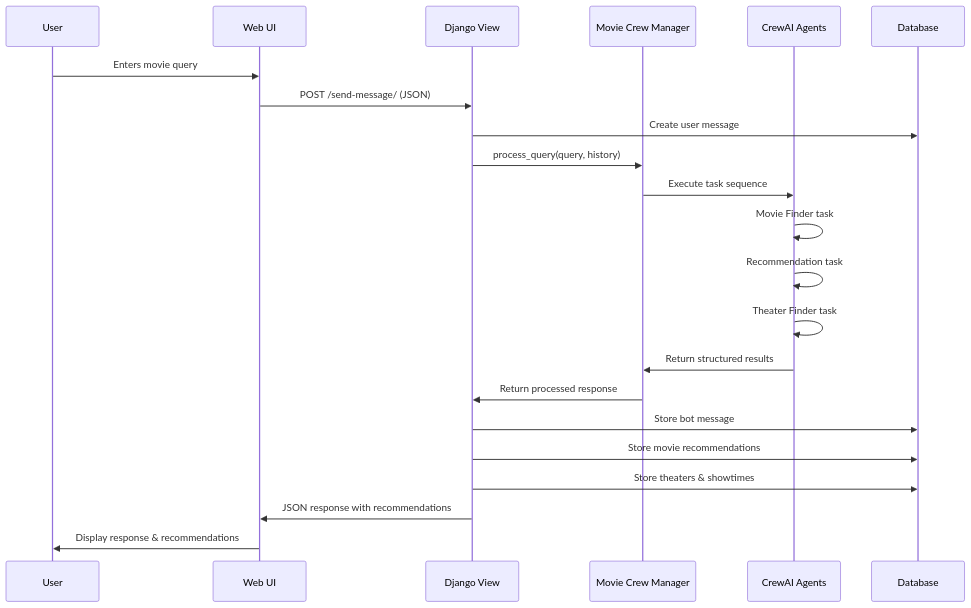
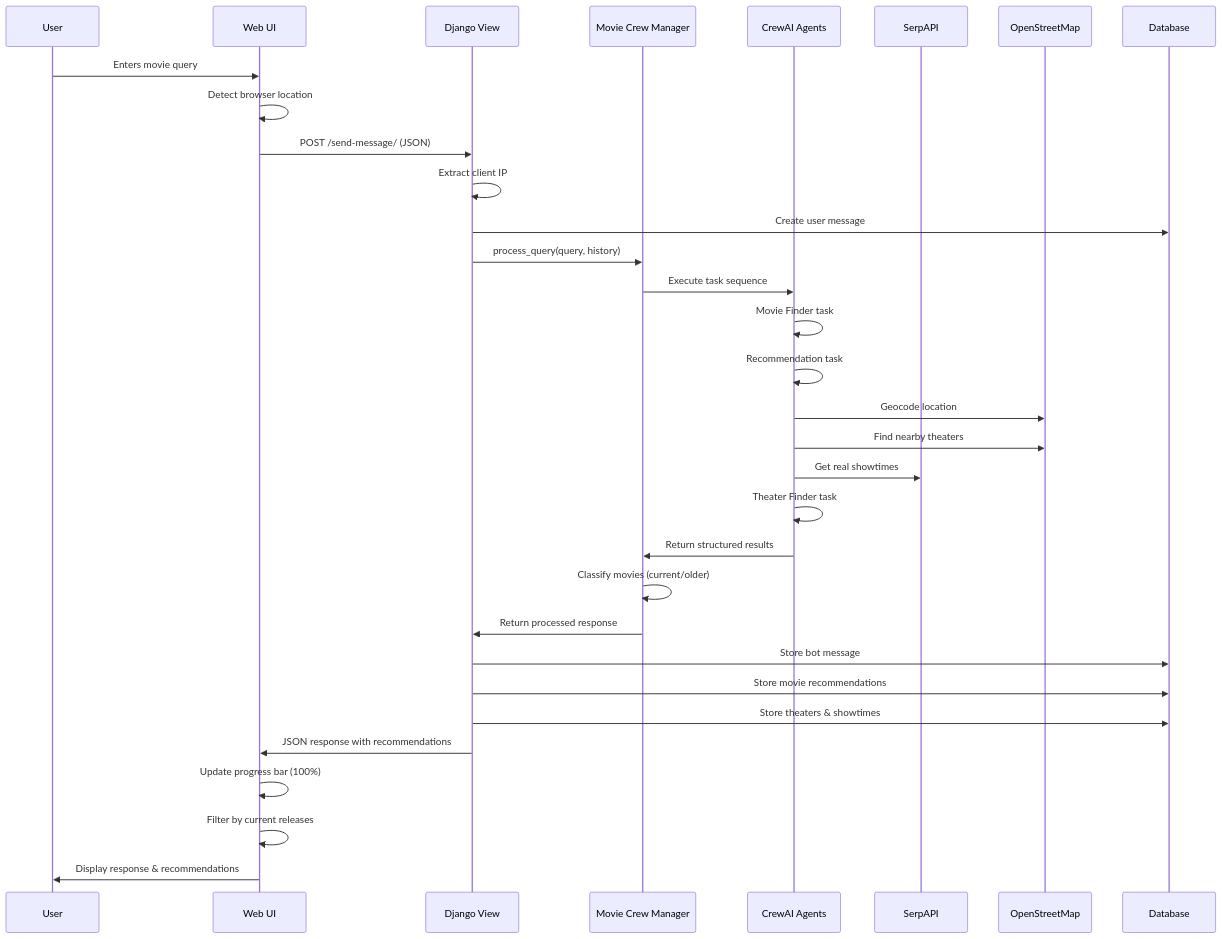
Before and after one commit to nkuhn-vmw/tanzu-genai-showcase: the second of 3 diagrams in py-django-crewai/docs/ARCHITECTURE.md, drawn with Mermaid. The commit also changed other lines of this file and 10 other files, not shown here.

````diff
--- a/py-django-crewai/docs/ARCHITECTURE.md
+++ b/py-django-crewai/docs/ARCHITECTURE.md
@@ -118,30 +135,40 @@
 ```mermaid
 sequenceDiagram
     participant User
     participant UI as Web UI
     participant View as Django View
     participant Manager as Movie Crew Manager
     participant Agents as CrewAI Agents
+    participant SerpAPI as SerpAPI
+    participant OSM as OpenStreetMap
     participant DB as Database
 
     User->>UI: Enters movie query
+    UI->>UI: Detect browser location
     UI->>View: POST /send-message/ (JSON)
+    View->>View: Extract client IP
     View->>DB: Create user message
     View->>Manager: process_query(query, history)
 
     Manager->>Agents: Execute task sequence
 
     Agents->>Agents: Movie Finder task
     Agents->>Agents: Recommendation task
+    Agents->>OSM: Geocode location
+    Agents->>OSM: Find nearby theaters
+    Agents->>SerpAPI: Get real showtimes
     Agents->>Agents: Theater Finder task
 
     Agents->>Manager: Return structured results
+    Manager->>Manager: Classify movies (current/older)
     Manager->>View: Return processed response
 
     View->>DB: Store bot message
     View->>DB: Store movie recommendations
     View->>DB: Store theaters & showtimes
 
     View->>UI: JSON response with recommendations
+    UI->>UI: Update progress bar (100%)
+    UI->>UI: Filter by current releases
     UI->>User: Display response & recommendations
 ```
````
